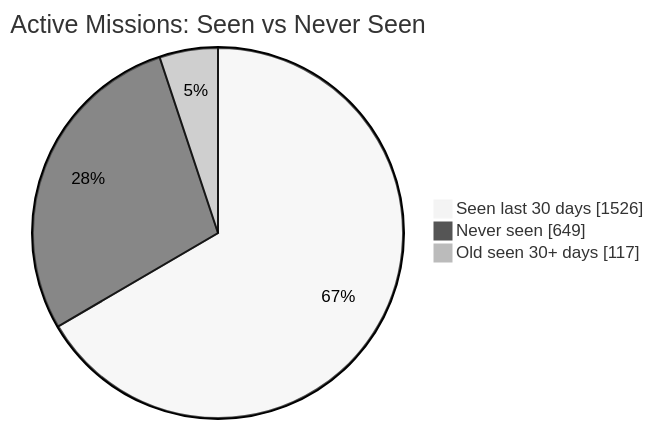
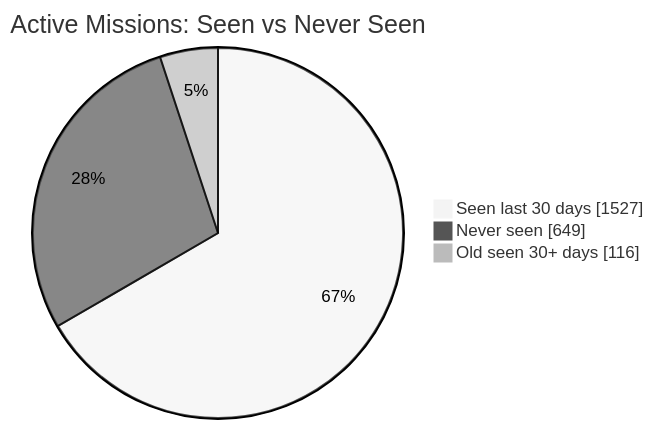
Before and after one commit to MeldkamerspelGameTeam/active-missions: the first of 2 diagrams in README.md, drawn with Mermaid (neutral theme). The commit also changed other lines of this file and 2 other files, not shown here.

````diff
--- a/README.md
+++ b/README.md
@@ -34,7 +34,7 @@
 ```mermaid
 pie showData
     title Active Missions: Seen vs Never Seen
-    "Seen last 30 days" : 1526
+    "Seen last 30 days" : 1527
     "Never seen" : 649
-    "Old seen 30+ days" : 117
+    "Old seen 30+ days" : 116
 ```
````
